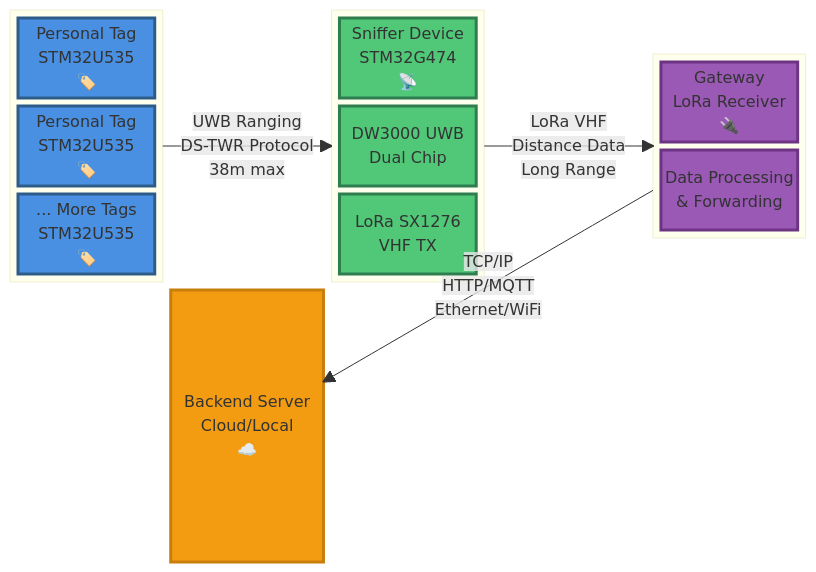
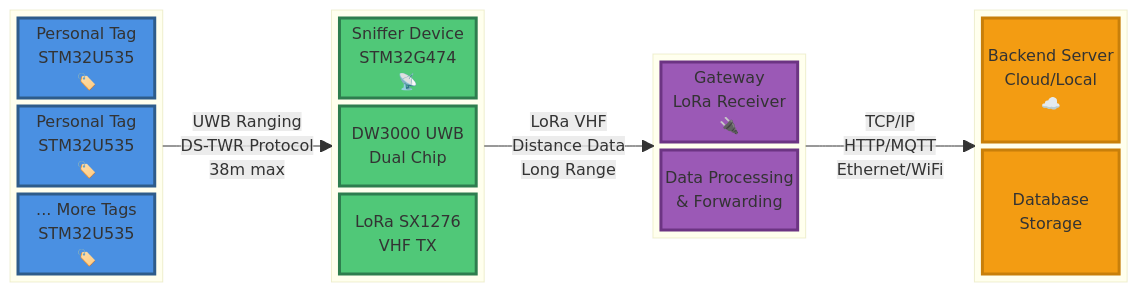
One commit to uqomm/fw-SmartTag changed the first of 3 diagrams in README.md. Above: the diagram before and after it, drawn with Mermaid.

Commit message:
docs: Move backend server to the right with database component
- Expand diagram to 7 columns for better spacing
- Add Server block with Backend Server and Database
- Improve visual hierarchy and data flow clarity

````diff
--- a/README.md
+++ b/README.md
@@ -7,46 +7,50 @@
 ```mermaid
 block-beta
-  columns 5
+  columns 7
   
   block:Tags:1
     columns 1
     Tag1["Personal Tag<br/>STM32U535<br/>🏷️"]
     Tag2["Personal Tag<br/>STM32U535<br/>🏷️"]
     TagN["... More Tags<br/>STM32U535<br/>🏷️"]
   end
   
   space
   
   block:Sniffer:1
     columns 1
     SnifferDev["Sniffer Device<br/>STM32G474<br/>📡"]
     UWB["DW3000 UWB<br/>Dual Chip"]
     LoRaModule["LoRa SX1276<br/>VHF TX"]
   end
   
   space
   
   block:Gateway:1
     columns 1
     GatewayDev["Gateway<br/>LoRa Receiver<br/>🔌"]
     Processor["Data Processing<br/>& Forwarding"]
   end
   
   space
   
-  Server["Backend Server<br/>Cloud/Local<br/>☁️"]
+  block:Server:1
+    columns 1
+    BackendServer["Backend Server<br/>Cloud/Local<br/>☁️"]
+    Database["Database<br/>Storage"]
+  end
   
   Tags--"UWB Ranging<br/>DS-TWR Protocol<br/>38m max"-->Sniffer
   Sniffer--"LoRa VHF<br/>Distance Data<br/>Long Range"-->Gateway
   Gateway--"TCP/IP<br/>HTTP/MQTT<br/>Ethernet/WiFi"-->Server
   
   classDef tag fill:#4A90E2,stroke:#2E5C8A,color:#fff,stroke-width:3px
   classDef sniffer fill:#50C878,stroke:#2E7D4E,color:#fff,stroke-width:3px
   classDef gateway fill:#9B59B6,stroke:#6C3483,color:#fff,stroke-width:3px
   classDef server fill:#F39C12,stroke:#C87F0A,color:#fff,stroke-width:3px
   
   class Tag1,Tag2,TagN tag
   class SnifferDev,UWB,LoRaModule sniffer
   class GatewayDev,Processor gateway
-  class Server server
+  class BackendServer,Database server
 ```
````
